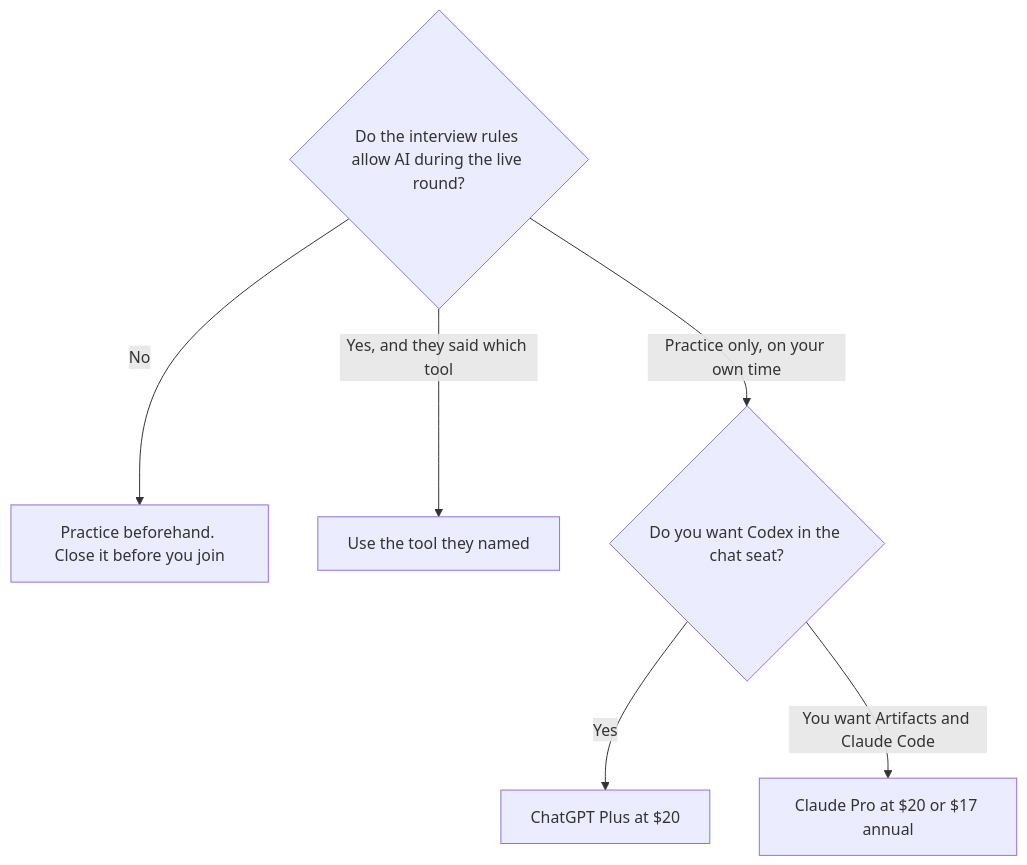
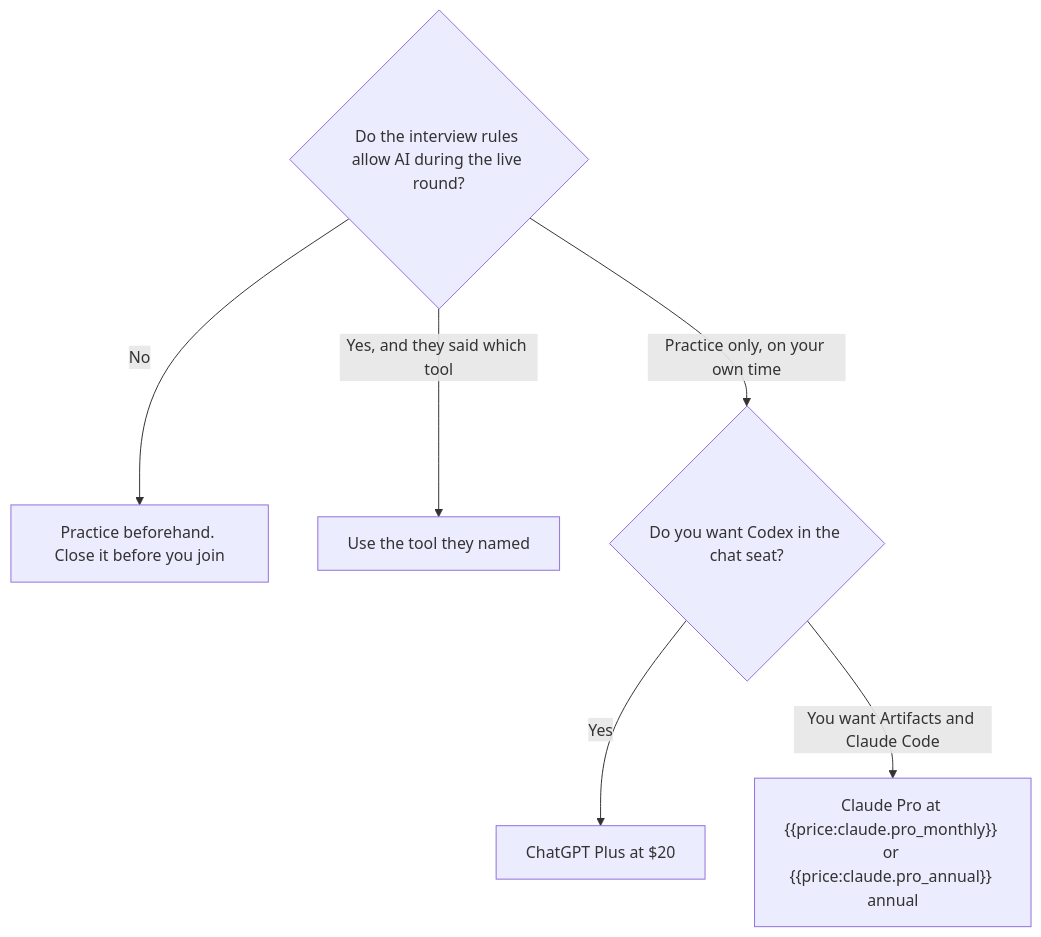
One commit to drewbotcarrothers/aitoolsoptimizer changed the diagram in src/content/blog/chatgpt-vs-claude-for-coding-interviews-2026.md. Above: the diagram before and after it, drawn with Mermaid. The commit also changed other lines of this file and 733 other files, not shown here.

Commit message:
Prices: single source for repeated Gemini and Claude Pro prices (+ scheduled Dec 1 Gemini API change)

````diff
--- a/src/content/blog/chatgpt-vs-claude-for-coding-interviews-2026.md
+++ b/src/content/blog/chatgpt-vs-claude-for-coding-interviews-2026.md
@@ -28,9 +28,9 @@
 ```mermaid
 flowchart TD
   rules{"Do the interview rules allow AI during the live round?"}
   rules -->|No| close["Practice beforehand. Close it before you join"]
   rules -->|Yes, and they said which tool| theirs["Use the tool they named"]
   rules -->|Practice only, on your own time| pick{"Do you want Codex in the chat seat?"}
   pick -->|Yes| gpt["ChatGPT Plus at $20"]
-  pick -->|You want Artifacts and Claude Code| claude["Claude Pro at $20 or $17 annual"]
+  pick -->|You want Artifacts and Claude Code| claude["Claude Pro at {{price:claude.pro_monthly}} or {{price:claude.pro_annual}} annual"]
 ```
````
